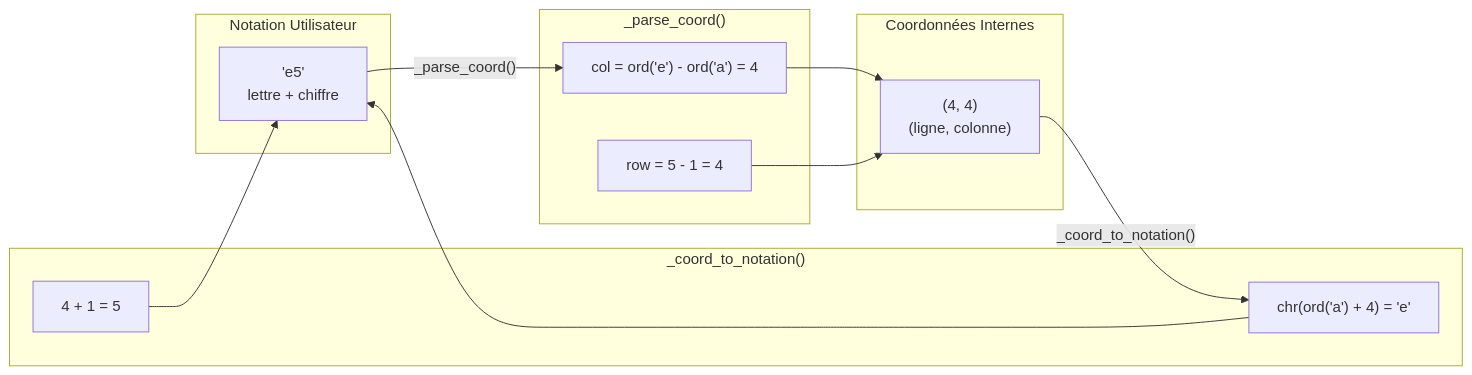
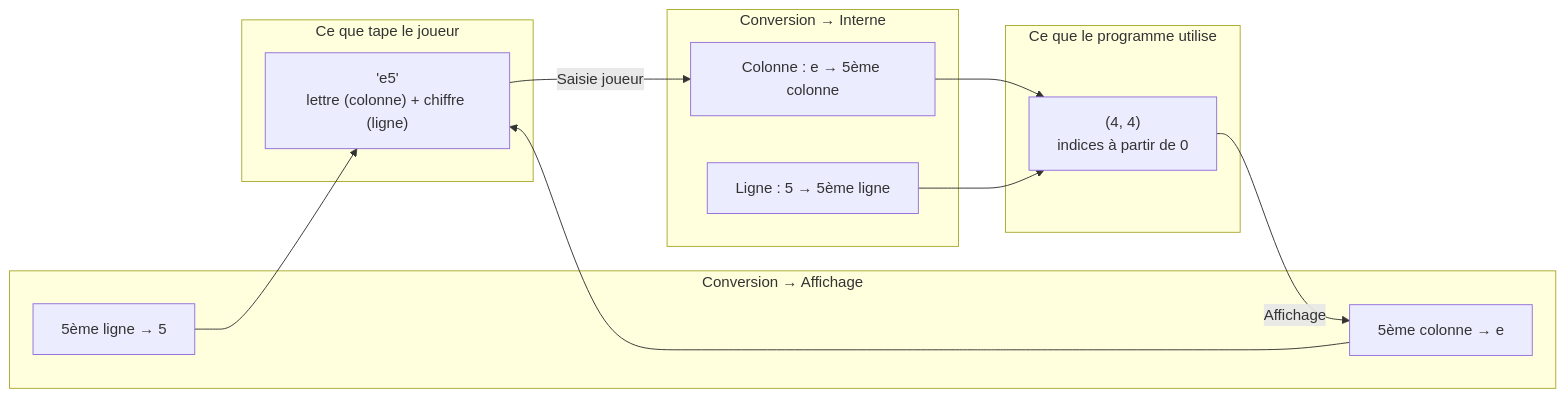
One commit to Silou1/Projet_mecatronique_I3 changed the third of 5 diagrams in flowcharts/04_plateau.md. Above: the diagram before and after it, drawn with Mermaid. The commit also changed other lines of this file and 3 other files, not shown here.

Commit message:
docs: simplify flowcharts with plain-language descriptions

````diff
--- a/flowcharts/04_plateau.md
+++ b/flowcharts/04_plateau.md
@@ -75,27 +81,27 @@
 ```mermaid
 flowchart LR
-    subgraph "Notation Utilisateur"
-        USER_N["'e5'<br/>lettre + chiffre"]
+    subgraph "Ce que tape le joueur"
+        USER_N["'e5'<br/>lettre (colonne) + chiffre (ligne)"]
     end
 
-    subgraph "_parse_coord()"
-        PARSE_COL["col = ord('e') - ord('a') = 4"]
-        PARSE_ROW["row = 5 - 1 = 4"]
+    subgraph "Conversion → Interne"
+        PARSE_COL["Colonne : e → 5ème colonne"]
+        PARSE_ROW["Ligne : 5 → 5ème ligne"]
     end
 
-    subgraph "Coordonnées Internes"
-        INTERNAL["(4, 4)<br/>(ligne, colonne)"]
+    subgraph "Ce que le programme utilise"
+        INTERNAL["(4, 4)<br/>indices à partir de 0"]
     end
 
-    subgraph "_coord_to_notation()"
-        BACK_COL["chr(ord('a') + 4) = 'e'"]
-        BACK_ROW["4 + 1 = 5"]
+    subgraph "Conversion → Affichage"
+        BACK_COL["5ème colonne → e"]
+        BACK_ROW["5ème ligne → 5"]
     end
 
-    USER_N -->|"_parse_coord()"| PARSE_COL
+    USER_N -->|"Saisie joueur"| PARSE_COL
     PARSE_COL --> INTERNAL
     PARSE_ROW --> INTERNAL
-    INTERNAL -->|"_coord_to_notation()"| BACK_COL
+    INTERNAL -->|"Affichage"| BACK_COL
     BACK_COL --> USER_N
     BACK_ROW --> USER_N
 ```
````
